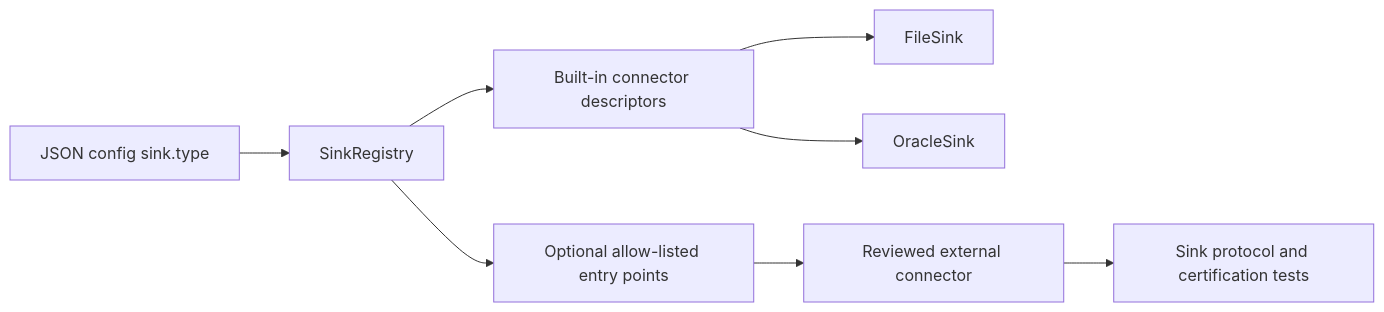
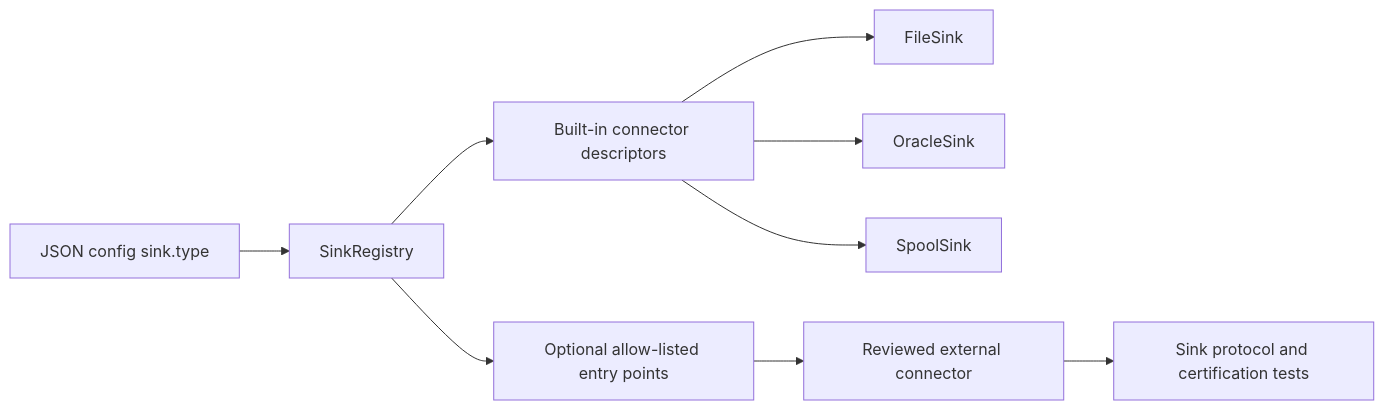
One commit to ProjectCuillin/nats-sinks changed the sixth of 6 diagrams in docs/sink-framework.md. Above: the diagram before and after it, drawn with Mermaid. The commit also changed other lines of this file and 27 other files, not shown here.

Commit message:
feat: add encrypted edge spool sink

````diff
--- a/docs/sink-framework.md
+++ b/docs/sink-framework.md
@@ -284,10 +284,11 @@
 ```mermaid
 flowchart LR
     Config[JSON config sink.type] --> Registry[SinkRegistry]
     Registry --> BuiltIn[Built-in connector descriptors]
     Registry --> Optional[Optional allow-listed entry points]
     BuiltIn --> File[FileSink]
     BuiltIn --> Oracle[OracleSink]
+    BuiltIn --> Spool[SpoolSink]
     Optional --> ThirdParty[Reviewed external connector]
     ThirdParty --> Contract[Sink protocol and certification tests]
 ```
````
